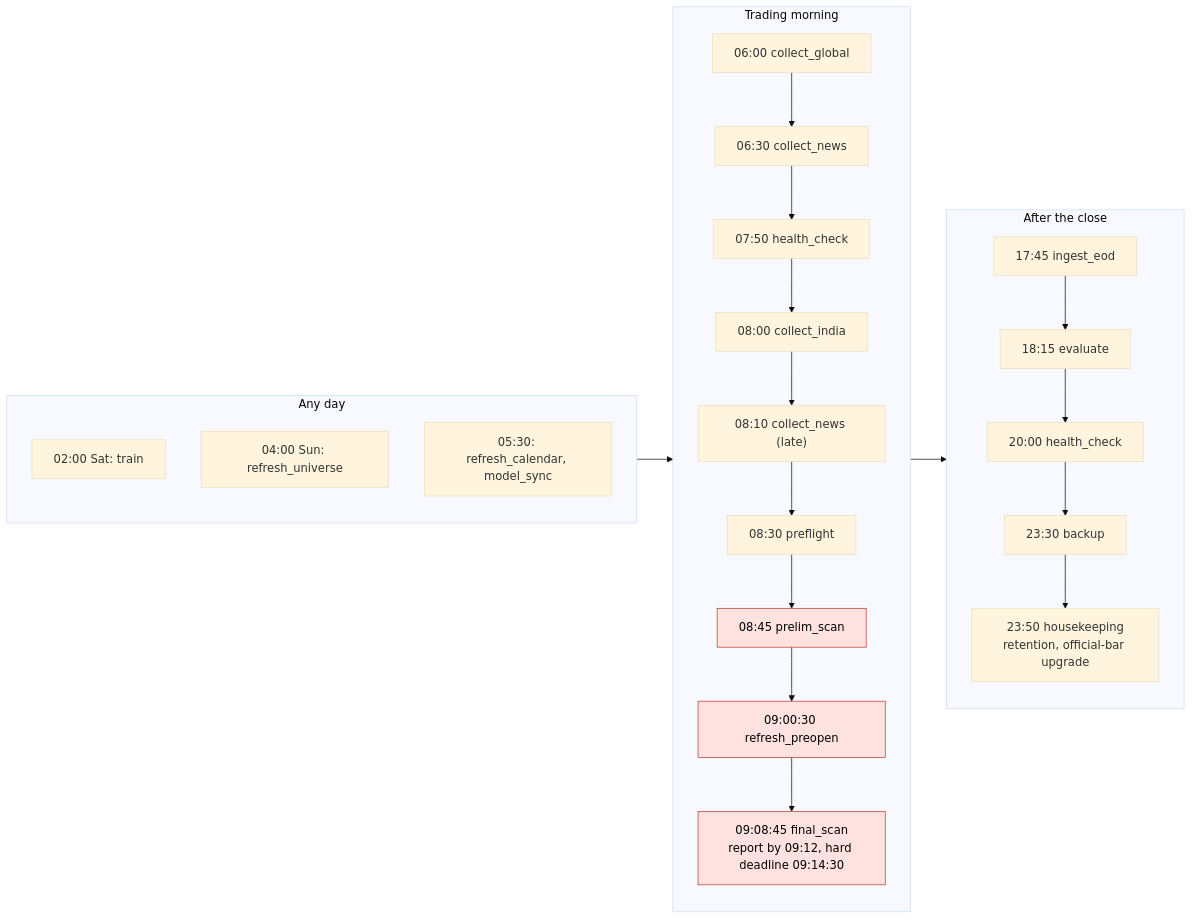
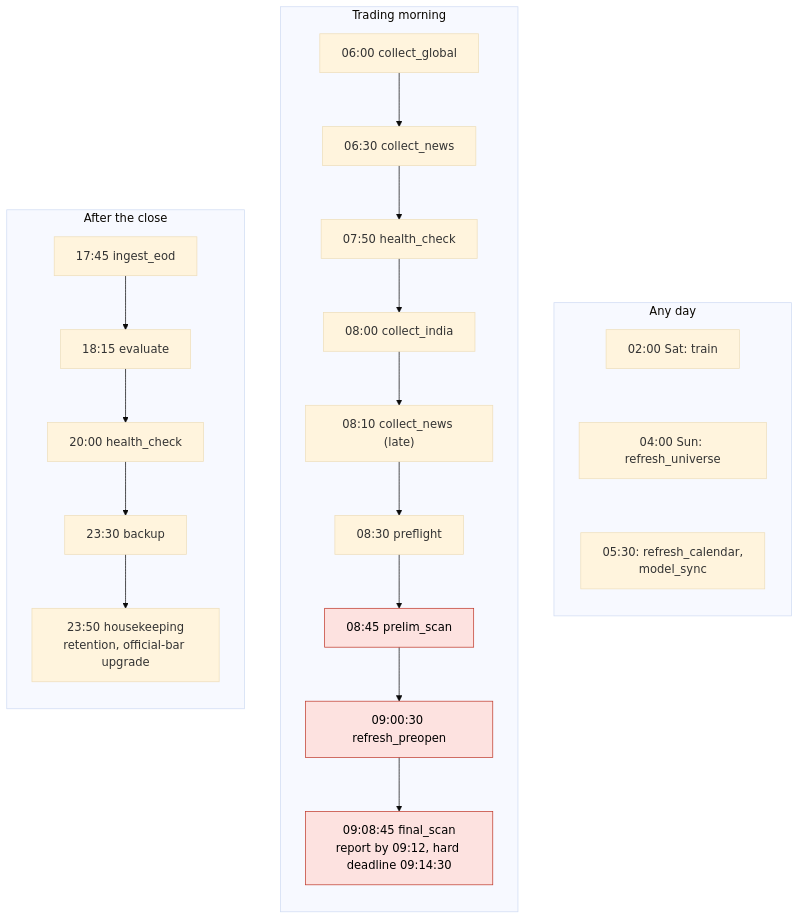
The third of 3 diagrams in MONSTER-AI/README.md (amansoni7477030/MonsterStock_AI), drawn with Mermaid (base theme) before and after one commit. The commit also changed other lines of this file and 5 other files, not shown here.

````diff
--- a/MONSTER-AI/README.md
+++ b/MONSTER-AI/README.md
@@ -182,30 +174,27 @@
 ```mermaid
-flowchart LR
+flowchart TB
     subgraph EARLY["Any day"]
         direction TB
-        N1["02:00 Sat: train"]
-        N2["04:00 Sun: refresh_universe"]
-        N3["05:30: refresh_calendar, model_sync"]
+        N1["02:00 Sat: train"] ~~~ N2["04:00 Sun: refresh_universe"] ~~~ N3["05:30: refresh_calendar,<br/>model_sync"]
     end
     subgraph MORN["Trading morning"]
         direction TB
         M1["06:00 collect_global"] --> M2["06:30 collect_news"]
         M2 --> M3["07:50 health_check"]
         M3 --> M4["08:00 collect_india"]
         M4 --> M5["08:10 collect_news (late)"]
         M5 --> M6["08:30 preflight"]
         M6 --> M7["08:45 prelim_scan"]
         M7 --> M8["09:00:30 refresh_preopen"]
         M8 --> M9["09:08:45 final_scan<br/>report by 09:12, hard deadline 09:14:30"]
     end
     subgraph EVE["After the close"]
         direction TB
         E1["17:45 ingest_eod"] --> E2["18:15 evaluate"]
         E2 --> E3["20:00 health_check"]
         E3 --> E4["23:30 backup"]
         E4 --> E5["23:50 housekeeping<br/>retention, official-bar upgrade"]
     end
-    EARLY --> MORN --> EVE
     classDef critical fill:#fde2e0,stroke:#c0392b,color:#000
     class M7,M8,M9 critical
 ```
````
